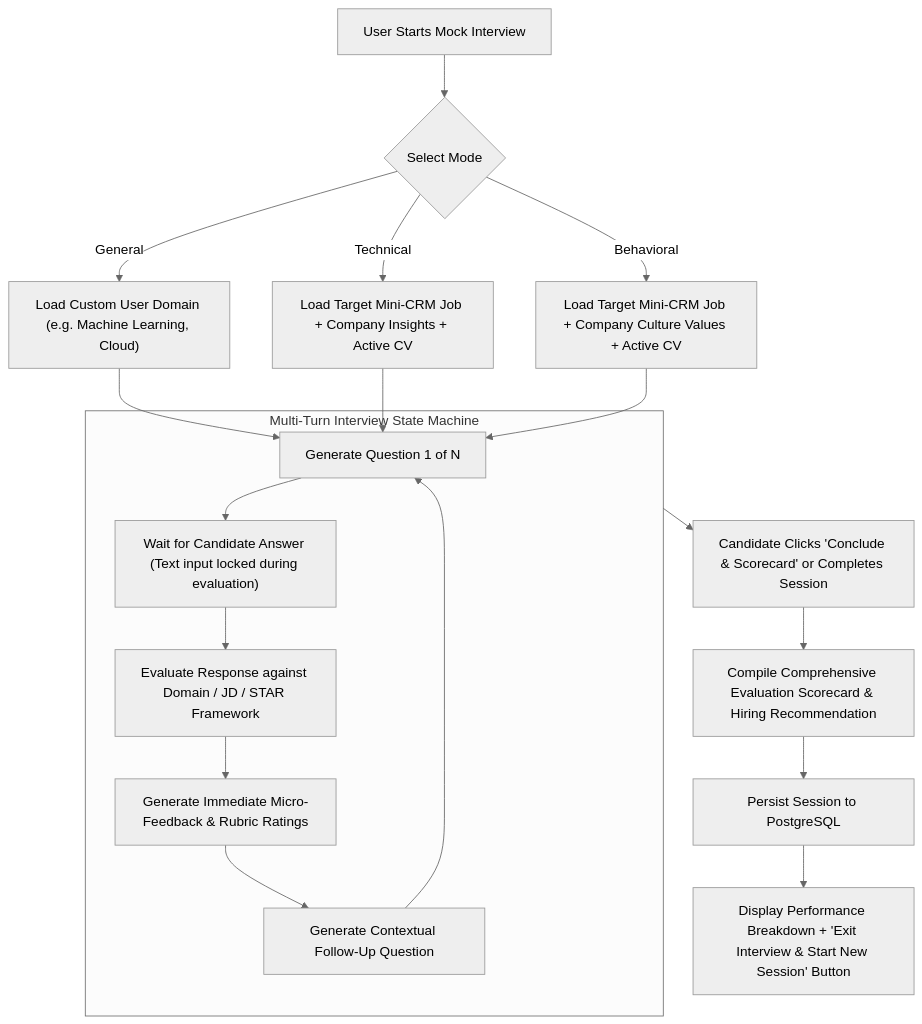
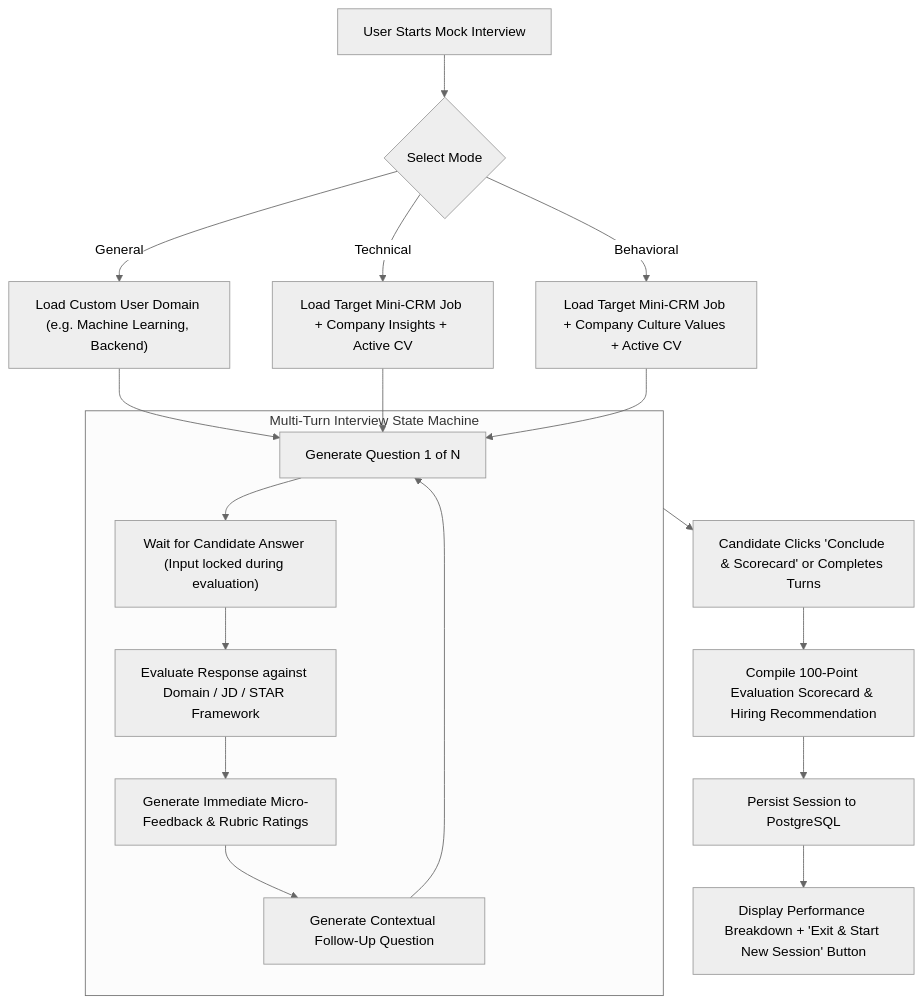
Before and after one commit to Mostafa710/career-copilot: the seventh of 8 diagrams in docs/architecture_flowcharts.md, drawn with Mermaid (neutral theme). The commit also changed other lines of this file and 2 other files, not shown here.

````diff
--- a/docs/architecture_flowcharts.md
+++ b/docs/architecture_flowcharts.md
@@ -194,23 +203,23 @@
 ```mermaid
 flowchart TD
     Start["User Starts Mock Interview"] --> SelectMode{"Select Mode"}
     
-    SelectMode -->|General| InitGeneral["Load Custom User Domain (e.g. Machine Learning, Cloud)"]
+    SelectMode -->|General| InitGeneral["Load Custom User Domain (e.g. Machine Learning, Backend)"]
     SelectMode -->|Technical| InitTech["Load Target Mini-CRM Job + Company Insights + Active CV"]
     SelectMode -->|Behavioral| InitBehav["Load Target Mini-CRM Job + Company Culture Values + Active CV"]
     
     InitGeneral & InitTech & InitBehav --> QuestionLoop["Generate Question 1 of N"]
     
     subgraph InterviewLoop ["Multi-Turn Interview State Machine"]
-        QuestionLoop --> WaitAnswer["Wait for Candidate Answer (Text input locked during evaluation)"]
+        QuestionLoop --> WaitAnswer["Wait for Candidate Answer (Input locked during evaluation)"]
         WaitAnswer --> EvalResponse["Evaluate Response against Domain / JD / STAR Framework"]
         
         EvalResponse --> MicroFeedback["Generate Immediate Micro-Feedback & Rubric Ratings"]
         MicroFeedback --> NextQ["Generate Contextual Follow-Up Question"] --> QuestionLoop
     end
     
-    InterviewLoop --> ConcludeAction["Candidate Clicks 'Conclude & Scorecard' or Completes Session"]
-    ConcludeAction --> FinalScorecard["Compile Comprehensive Evaluation Scorecard & Hiring Recommendation"]
+    InterviewLoop --> ConcludeAction["Candidate Clicks 'Conclude & Scorecard' or Completes Turns"]
+    ConcludeAction --> FinalScorecard["Compile 100-Point Evaluation Scorecard & Hiring Recommendation"]
     FinalScorecard --> SaveSession["Persist Session to PostgreSQL"]
-    SaveSession --> ExitCTA["Display Performance Breakdown + 'Exit Interview & Start New Session' Button"]
+    SaveSession --> ExitCTA["Display Performance Breakdown + 'Exit & Start New Session' Button"]
 ```
````
